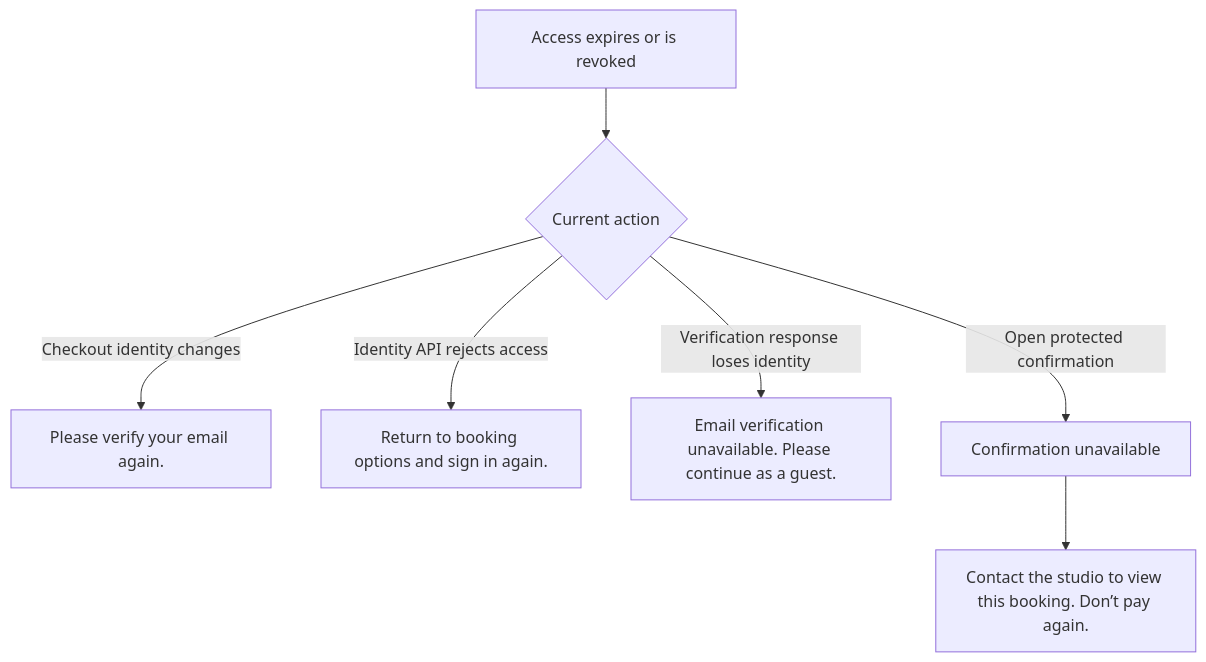
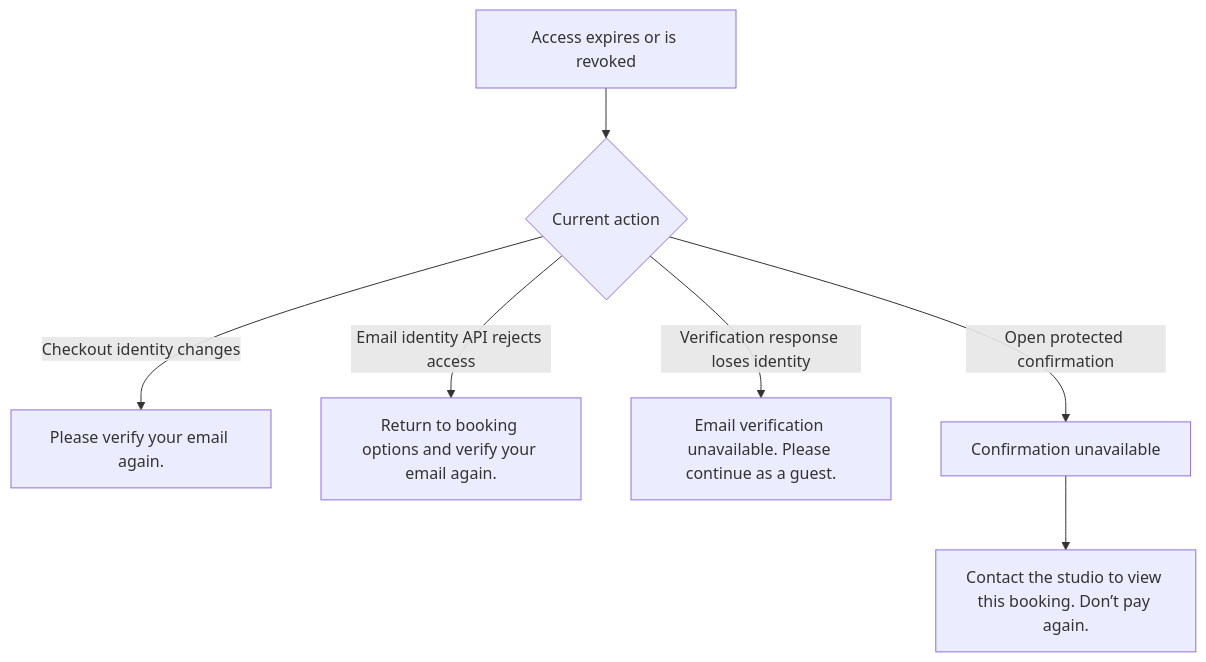
Before and after one commit to soccerbotstudiosg/soccerbotstudioSG: the third of 19 diagrams in docs/booking-flows.md, drawn with Mermaid. The commit also changed other lines of this file and 44 other files, not shown here.

````diff
--- a/docs/booking-flows.md
+++ b/docs/booking-flows.md
@@ -40,9 +44,9 @@
 ```mermaid
 flowchart TD
   A["Access expires or is revoked"] --> B{"Current action"}
   B -->|Checkout identity changes| C["Please verify your email again."]
-  B -->|Identity API rejects access| D["Return to booking options and sign in again."]
+  B -->|Email identity API rejects access| D["Return to booking options and verify your email again."]
   B -->|Verification response loses identity| E["Email verification unavailable. Please continue as a guest."]
   B -->|Open protected confirmation| F["Confirmation unavailable"]
   F --> G["Contact the studio to view this booking. Don’t pay again."]
 ```
````
